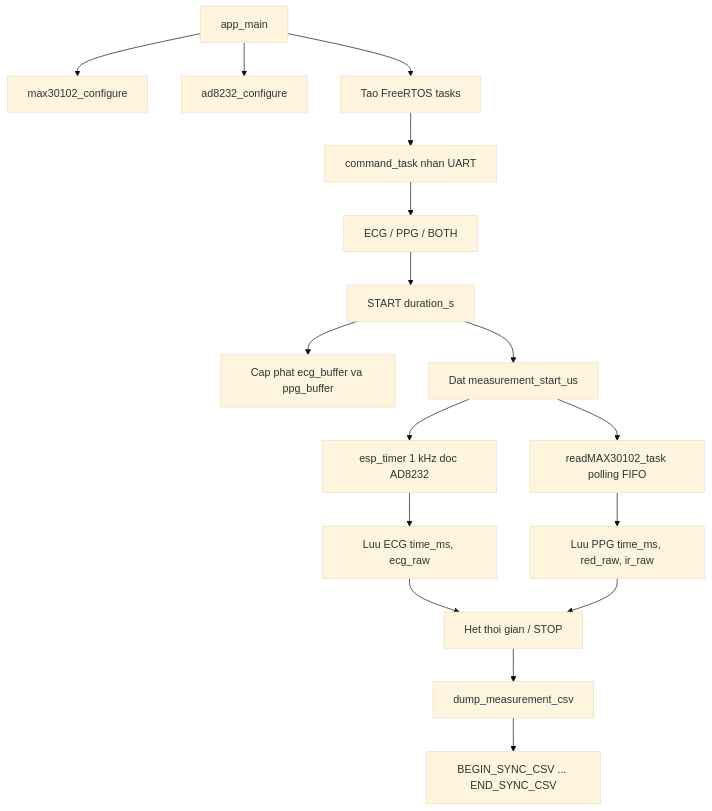
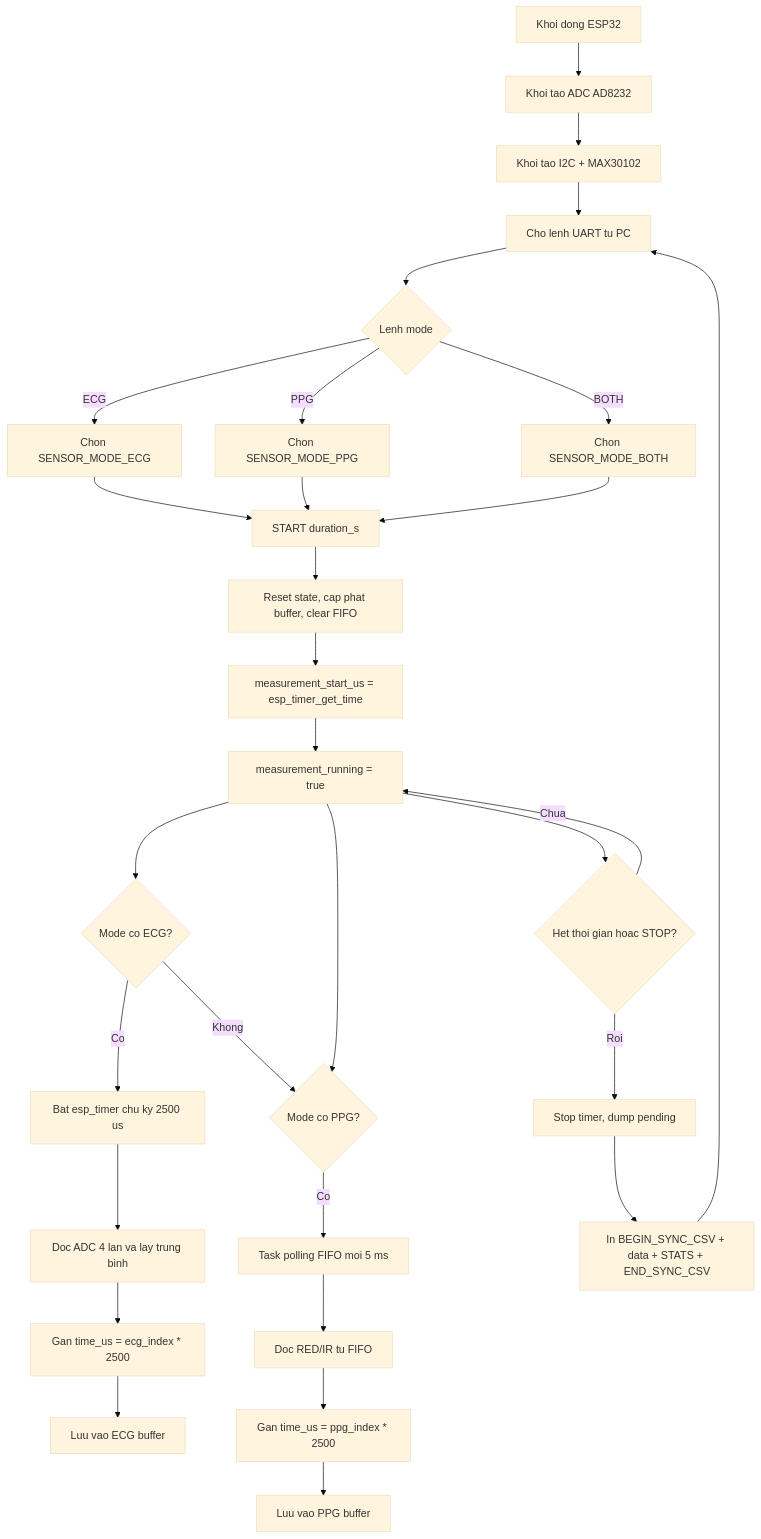
One commit to toanzz25/ECG_PPG_SYNC changed the second of 3 diagrams in README.md. Above: the diagram before and after it, drawn with Mermaid (base theme). The commit also changed other lines of this file and 50 other files, not shown here.

````diff
--- a/README.md
+++ b/README.md
@@ -45,19 +85,39 @@
 ```mermaid
 flowchart TD
-  BOOT[app_main] --> INIT1[max30102_configure]
-  BOOT --> INIT2[ad8232_configure]
-  BOOT --> TASKS[Tao FreeRTOS tasks]
-  TASKS --> CMD[command_task nhan UART]
-  CMD --> MODE[ECG / PPG / BOTH]
-  MODE --> START[START duration_s]
-  START --> BUF[Cap phat ecg_buffer va ppg_buffer]
-  START --> T0[Dat measurement_start_us]
-  T0 --> ECGT[esp_timer 1 kHz doc AD8232]
-  T0 --> PPGT[readMAX30102_task polling FIFO]
-  ECGT --> STORE1[Luu ECG time_ms, ecg_raw]
-  PPGT --> STORE2[Luu PPG time_ms, red_raw, ir_raw]
-  STORE1 --> STOP[Het thoi gian / STOP]
-  STORE2 --> STOP
-  STOP --> DUMP[dump_measurement_csv]
-  DUMP --> UART[BEGIN_SYNC_CSV ... END_SYNC_CSV]
+    A[Khoi dong ESP32] --> B[Khoi tao ADC AD8232]
+    B --> C[Khoi tao I2C + MAX30102]
+    C --> D[Cho lenh UART tu PC]
+
+    D --> E{Lenh mode}
+    E -->|ECG| M1[Chon SENSOR_MODE_ECG]
+    E -->|PPG| M2[Chon SENSOR_MODE_PPG]
+    E -->|BOTH| M3[Chon SENSOR_MODE_BOTH]
+
+    M1 --> S[START duration_s]
+    M2 --> S
+    M3 --> S
+
+    S --> R[Reset state, cap phat buffer, clear FIFO]
+    R --> T0[measurement_start_us = esp_timer_get_time]
+    T0 --> RUN[measurement_running = true]
+
+    RUN --> ECGT{Mode co ECG?}
+    ECGT -->|Co| ETimer[Bat esp_timer chu ky 2500 us]
+    ECGT -->|Khong| PPGR
+
+    ETimer --> ERead[Doc ADC 4 lan va lay trung binh]
+    ERead --> EStore[Gan time_us = ecg_index * 2500]
+    EStore --> EBuf[Luu vao ECG buffer]
+
+    RUN --> PPGR{Mode co PPG?}
+    PPGR -->|Co| PFIFO[Task polling FIFO moi 5 ms]
+    PFIFO --> PRead[Doc RED/IR tu FIFO]
+    PRead --> PStore[Gan time_us = ppg_index * 2500]
+    PStore --> PBuf[Luu vao PPG buffer]
+
+    RUN --> END{Het thoi gian hoac STOP?}
+    END -->|Chua| RUN
+    END -->|Roi| STOP[Stop timer, dump pending]
+    STOP --> CSV[In BEGIN_SYNC_CSV + data + STATS + END_SYNC_CSV]
+    CSV --> D
 ```
````
